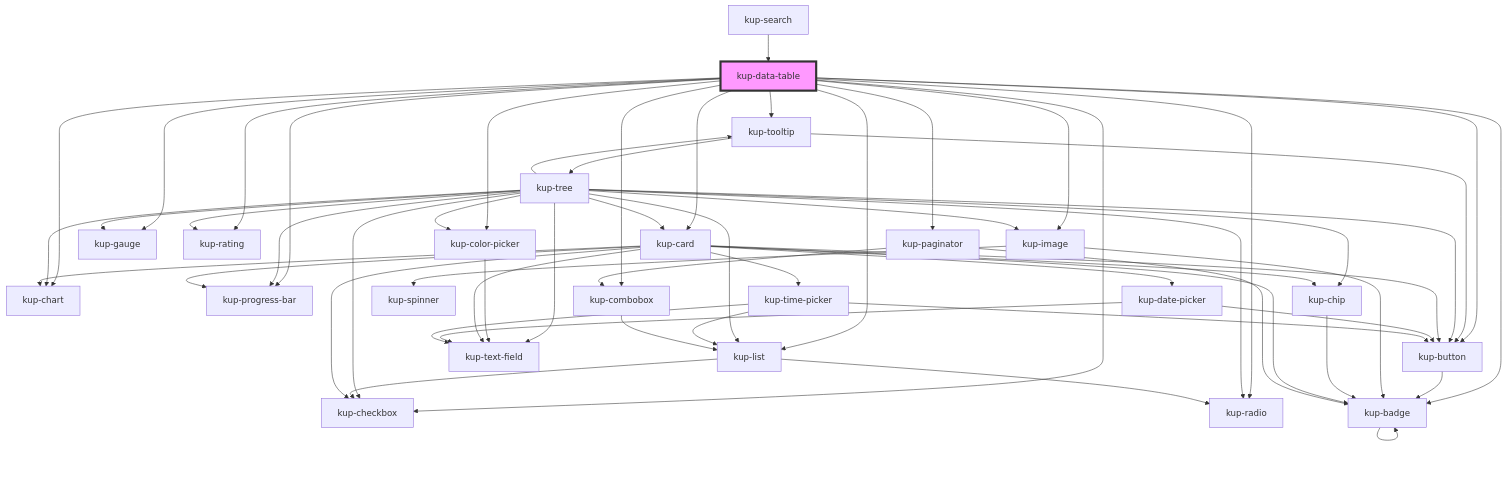
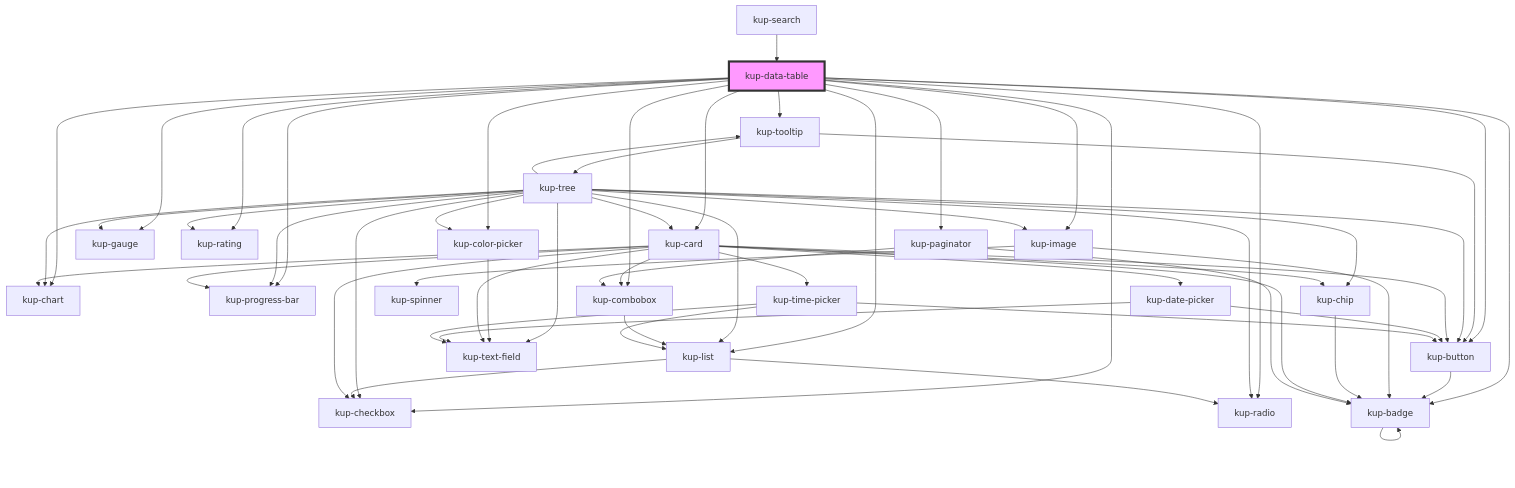
One commit to smeup/ketchup changed the diagram in packages/ketchup/src/components/kup-data-table/readme.md. Above: the diagram before and after it, drawn with Mermaid. The commit also changed 11 other files, not shown here.

````diff
--- a/packages/ketchup/src/components/kup-data-table/readme.md
+++ b/packages/ketchup/src/components/kup-data-table/readme.md
@@ -222,61 +222,62 @@
 ```mermaid
 graph TD;
   kup-data-table --> kup-checkbox
   kup-data-table --> kup-tooltip
   kup-data-table --> kup-list
   kup-data-table --> kup-image
   kup-data-table --> kup-button
   kup-data-table --> kup-chart
   kup-data-table --> kup-color-picker
   kup-data-table --> kup-gauge
   kup-data-table --> kup-progress-bar
   kup-data-table --> kup-rating
   kup-data-table --> kup-radio
   kup-data-table --> kup-paginator
   kup-data-table --> kup-combobox
   kup-data-table --> kup-card
   kup-data-table --> kup-badge
   kup-tooltip --> kup-button
   kup-tooltip --> kup-tree
   kup-button --> kup-badge
   kup-badge --> kup-badge
   kup-tree --> kup-image
   kup-tree --> kup-button
   kup-tree --> kup-chart
   kup-tree --> kup-checkbox
   kup-tree --> kup-chip
   kup-tree --> kup-color-picker
   kup-tree --> kup-gauge
   kup-tree --> kup-progress-bar
   kup-tree --> kup-rating
   kup-tree --> kup-radio
   kup-tree --> kup-tooltip
   kup-tree --> kup-list
   kup-tree --> kup-text-field
   kup-tree --> kup-card
   kup-image --> kup-spinner
   kup-image --> kup-badge
   kup-chip --> kup-badge
   kup-color-picker --> kup-text-field
   kup-list --> kup-radio
   kup-list --> kup-checkbox
   kup-card --> kup-chip
   kup-card --> kup-button
   kup-card --> kup-badge
   kup-card --> kup-progress-bar
   kup-card --> kup-chart
   kup-card --> kup-checkbox
+  kup-card --> kup-combobox
   kup-card --> kup-date-picker
   kup-card --> kup-text-field
   kup-card --> kup-time-picker
+  kup-combobox --> kup-list
   kup-date-picker --> kup-text-field
   kup-date-picker --> kup-button
   kup-time-picker --> kup-text-field
   kup-time-picker --> kup-button
   kup-time-picker --> kup-list
   kup-paginator --> kup-combobox
   kup-paginator --> kup-badge
-  kup-combobox --> kup-list
   kup-search --> kup-data-table
   style kup-data-table fill:#f9f,stroke:#333,stroke-width:4px
 ```
````
